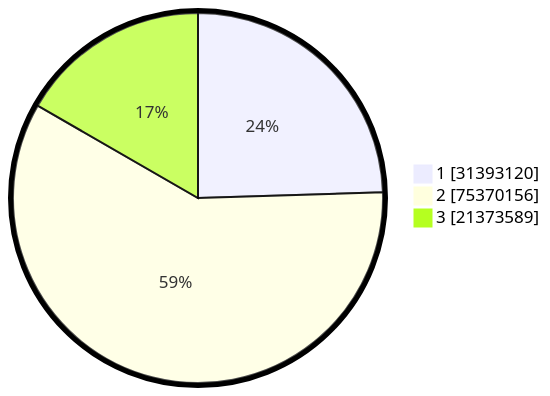
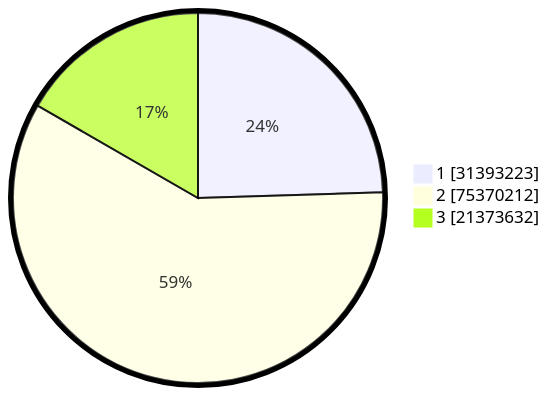
One commit to gigit-pemilu/pemilu-2024 changed the second of 2 diagrams in pilpres/hitung-suara/README.md. Above: the diagram before and after it, drawn with Mermaid. The commit also changed other lines of this file and 8 other files, not shown here.

````diff
--- a/pilpres/hitung-suara/README.md
+++ b/pilpres/hitung-suara/README.md
@@ -93,7 +93,7 @@
 ```mermaid
 %%{init: {"pie": {"textPosition": 0.5}, "themeVariables": {"pieOuterStrokeWidth": "5px"}} }%%
 pie showData
-    "1" : 31393120
-    "2" : 75370156
-    "3" : 21373589
+    "1" : 31393223
+    "2" : 75370212
+    "3" : 21373632
 ```
````
